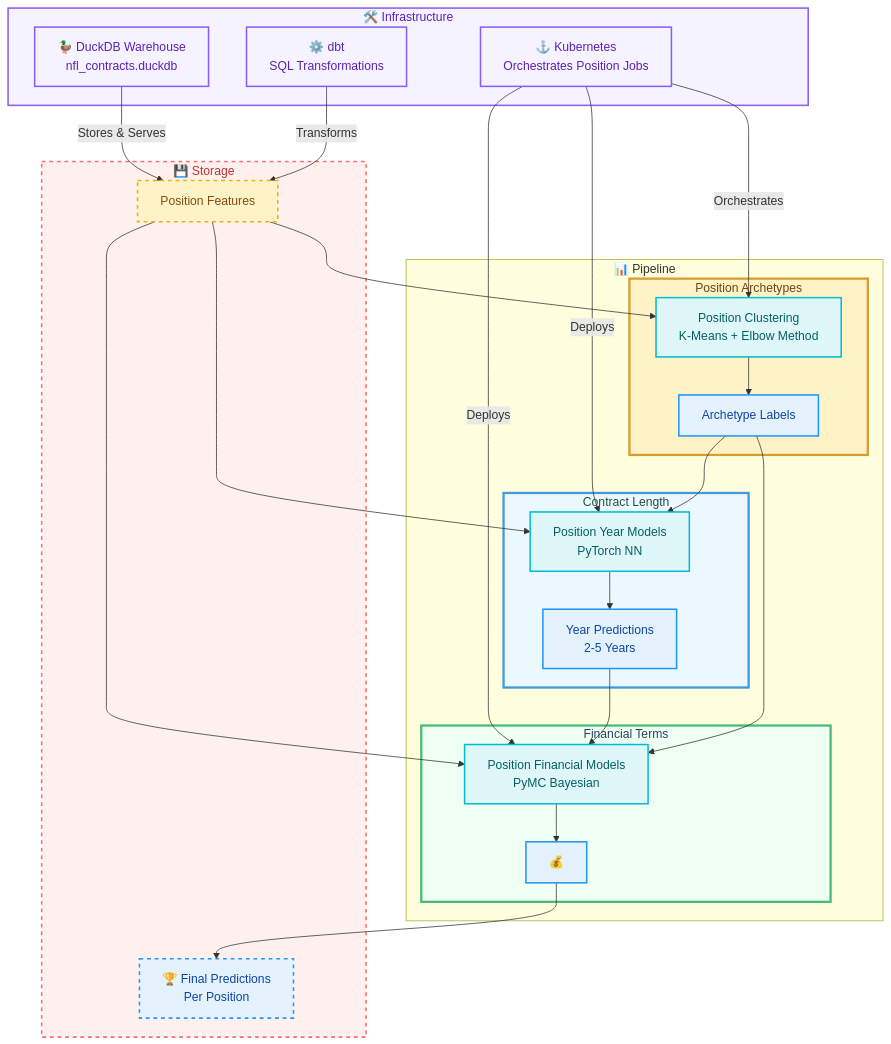
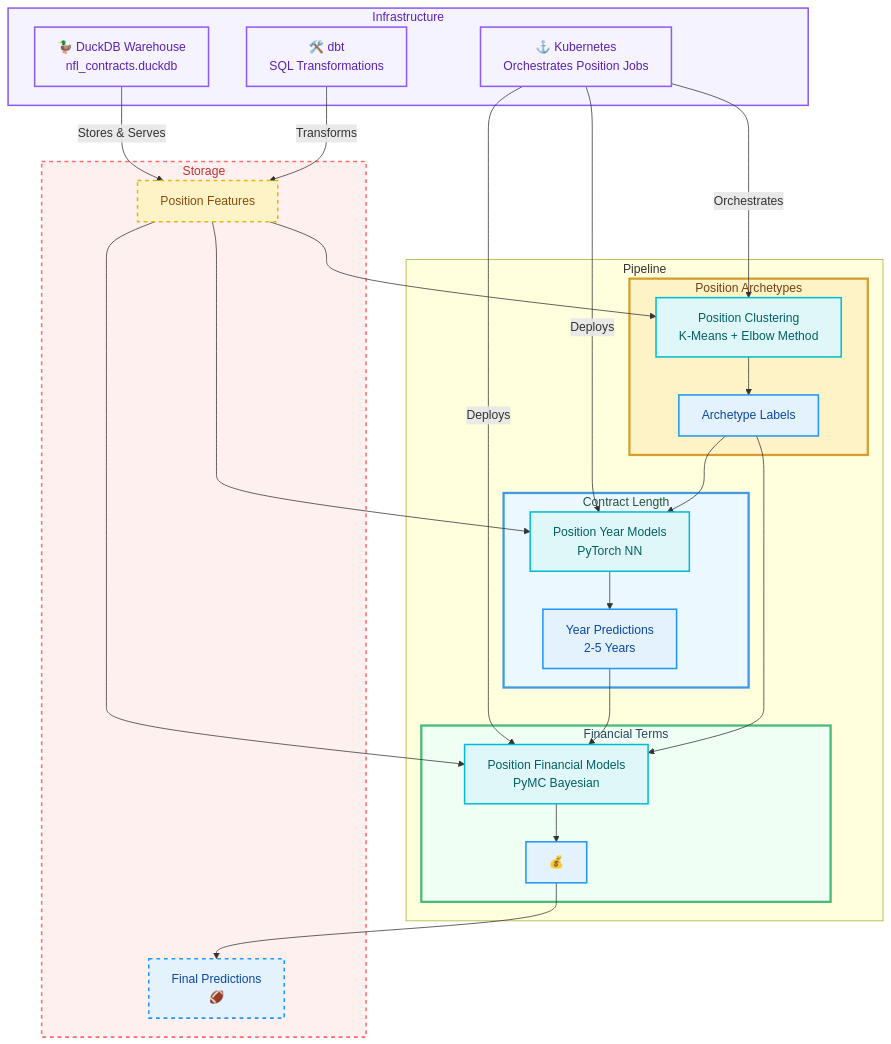
The diagram in README.md (dec1costello/NFL-Market-Value-Analysis), drawn with Mermaid before and after one commit. The commit also changed other lines of this file, not shown here.

Commit message:
Fix formatting and update section titles in README

````diff
--- a/README.md
+++ b/README.md
@@ -36,76 +38,76 @@
 ```mermaid
 graph TB
  %% === STYLING ===
     classDef stage1 fill:#fef3c7,stroke:#d69e2e,stroke-width:3px,color:#744210
     classDef stage2 fill:#ebf8ff,stroke:#4299e1,stroke-width:3px,color:#22543d 
     classDef stage3 fill:#f0fff4,stroke:#48bb78,stroke-width:3px,color: #2a4365
     classDef features fill:#fef3c7,stroke:#eab308,stroke-width:2px,color:#854d0e
     classDef model fill:#e0f7fa,stroke:#00bcd4,stroke-width:2px,color:#006064
     classDef output fill:#e3f2fd,stroke:#2196f3,stroke-width:2px,color:#0d47a1
     classDef infra fill:#f5f3ff,stroke:#8b5cf6,stroke-width:2px,color:#5b21b6
     classDef storage fill:#fff0f0,stroke:#FF6B6B,stroke-width:2px,stroke-dasharray:5 5,color:#c53030
 
     %% === INFRASTRUCTURE LAYERS ===
-    subgraph INFRA ["🛠️ Infrastructure"]
+    subgraph INFRA ["Infrastructure"]
         DUCKDB["🦆 DuckDB Warehouse<br/>nfl_contracts.duckdb"]
         K8S["⚓ Kubernetes<br/>Orchestrates Position Jobs"]
-        DBT["⚙️ dbt<br/>SQL Transformations"]
+        DBT["🛠️ dbt<br/>SQL Transformations"]
     end
 
     %% === DATA FLOW ===
-    subgraph DATA_FLOW ["📊 Pipeline"]
+    subgraph DATA_FLOW ["Pipeline"]
         %% === STAGE 1: ARCHETYPE DISCOVERY ===
         subgraph STAGE_1 ["Position Archetypes"]
             CLUSTERING["Position Clustering<br/>K-Means + Elbow Method"]
             ARCHETYPES["Archetype Labels"]
         end
 
         %% === STAGE 2: YEAR PREDICTION ===
         subgraph STAGE_2 ["Contract Length"]
             YEAR_MODELS["Position Year Models<br/>PyTorch NN"]
             YEAR_PREDS["Year Predictions<br/>2-5 Years"]
         end
 
         %% === STAGE 3: FINANCIAL PREDICTION ===
         subgraph STAGE_3 ["Financial Terms"]
             FINANCIAL_MODELS["Position Financial Models<br/>PyMC Bayesian"]
             FINANCIAL_PREDS["💰"]
         end
     end
 
     %% === STORAGE LAYER ===
-    subgraph STORAGE ["💾 Storage"]
+    subgraph STORAGE ["Storage"]
         FEATURES["Position Features<br/>"]
-        RESULTS["🏆 Final Predictions<br/>Per Position"]
+        RESULTS["Final Predictions<br/>🏈"]
     end
 
     %% === CONNECTIONS ===
     %% Infrastructure → Data Flow
     DUCKDB -->|"Stores & Serves"| FEATURES
     DBT -->|"Transforms"| FEATURES
     K8S -->|"Orchestrates"| CLUSTERING
     K8S -->|"Deploys"| YEAR_MODELS
     K8S -->|"Deploys"| FINANCIAL_MODELS
 
     %% Data Pipeline Flow
     FEATURES --> CLUSTERING
     CLUSTERING --> ARCHETYPES
     ARCHETYPES --> YEAR_MODELS
     FEATURES --> YEAR_MODELS
     YEAR_MODELS --> YEAR_PREDS
     YEAR_PREDS --> FINANCIAL_MODELS
     ARCHETYPES --> FINANCIAL_MODELS
     FEATURES --> FINANCIAL_MODELS
     FINANCIAL_MODELS --> FINANCIAL_PREDS
     FINANCIAL_PREDS --> RESULTS
 
     %% === STYLES ===
     class INFRA,DUCKDB,K8S,DBT infra
     class STORAGE,FEATURES,RESULTS storage
     class STAGE_1 stage1
     class STAGE_2 stage2
     class STAGE_3 stage3
     class FEATURES features
     class CLUSTERING,YEAR_MODELS,FINANCIAL_MODELS model
     class ARCHETYPES,YEAR_PREDS,FINANCIAL_PREDS,RESULTS output;
 ```
````
